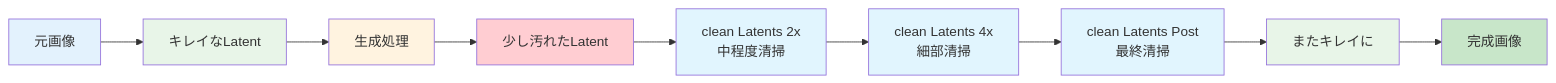
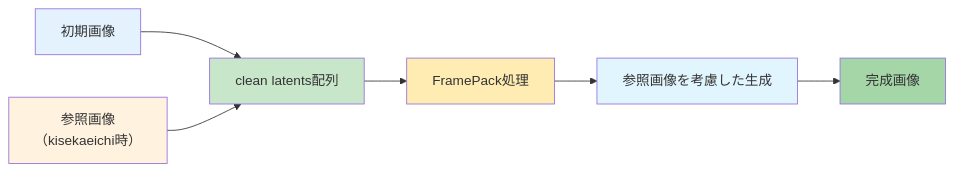
Before and after one commit to tanbw/FramePack-eichi: the sixth of 18 diagrams in README/framepack_oichi_user_friendly_guide.md, drawn with Mermaid. The commit also changed other lines of this file, not shown here.

````diff
--- a/README/framepack_oichi_user_friendly_guide.md
+++ b/README/framepack_oichi_user_friendly_guide.md
@@ -384,23 +406,16 @@
 ```mermaid
 graph LR
-    A[元画像] --> B[キレイなLatent]
-    B --> C[生成処理]
-    C --> D[少し汚れたLatent]
+    A[初期画像] --> C[clean latents配列]
+    B[参照画像<br/>（kisekaeichi時）] --> C
     
-    D --> E[clean Latents 2x<br/>中程度清掃]
-    E --> F[clean Latents 4x<br/>細部清掃]
-    F --> G[clean Latents Post<br/>最終清掃]
-    
-    G --> H[またキレイに]
-    H --> I[完成画像]
+    C --> D[FramePack処理]
+    D --> E[参照画像を考慮した生成]
+    E --> F[完成画像]
     
     style A fill:#e3f2fd
-    style B fill:#e8f5e8
-    style C fill:#fff3e0
-    style D fill:#ffcdd2
+    style B fill:#fff3e0
+    style C fill:#c8e6c9
+    style D fill:#ffecb3
     style E fill:#e1f5fe
-    style F fill:#e1f5fe
-    style G fill:#e1f5fe
-    style H fill:#e8f5e8
-    style I fill:#c8e6c9
+    style F fill:#a5d6a7
 ```
````
